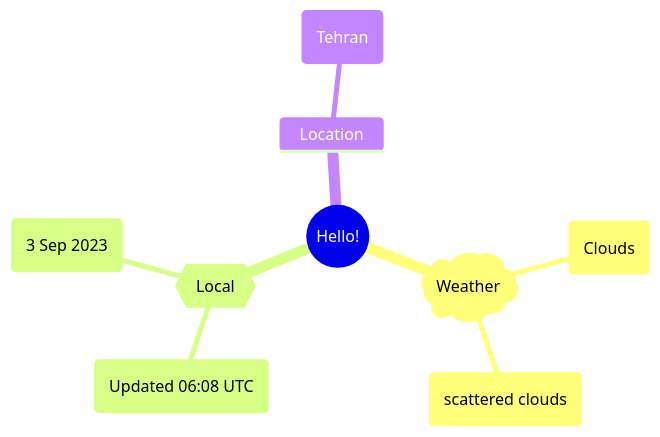
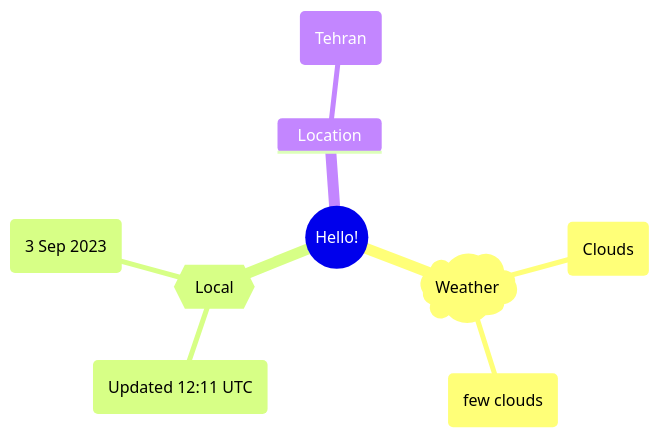
The first of 2 diagrams in README.md (Xosrov/Xosrov), drawn with Mermaid before and after one commit.

Commit message:
[bot] updated images

````diff
--- a/README.md
+++ b/README.md
@@ -3,12 +3,12 @@
 ```mermaid
 mindmap
   root((Hello!))
     )Weather(
         (Clouds)
-        (scattered clouds)
+        (few clouds)
     {{Local}}
-        (Updated 06:08 UTC)
+        (Updated 12:11 UTC)
         (3 Sep 2023)
     Location
         (Tehran)
 ```
````
